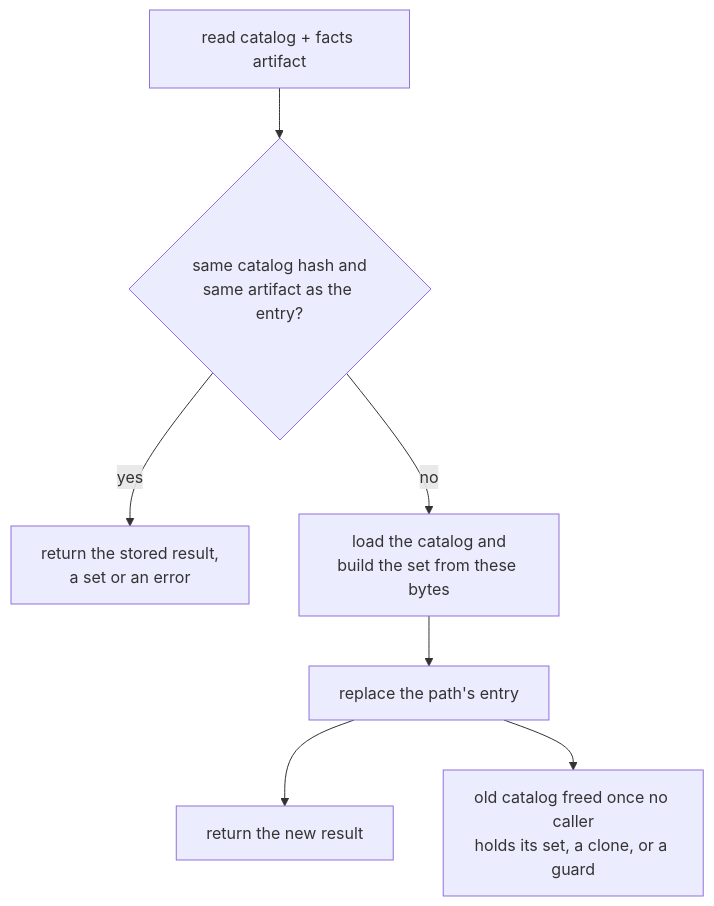
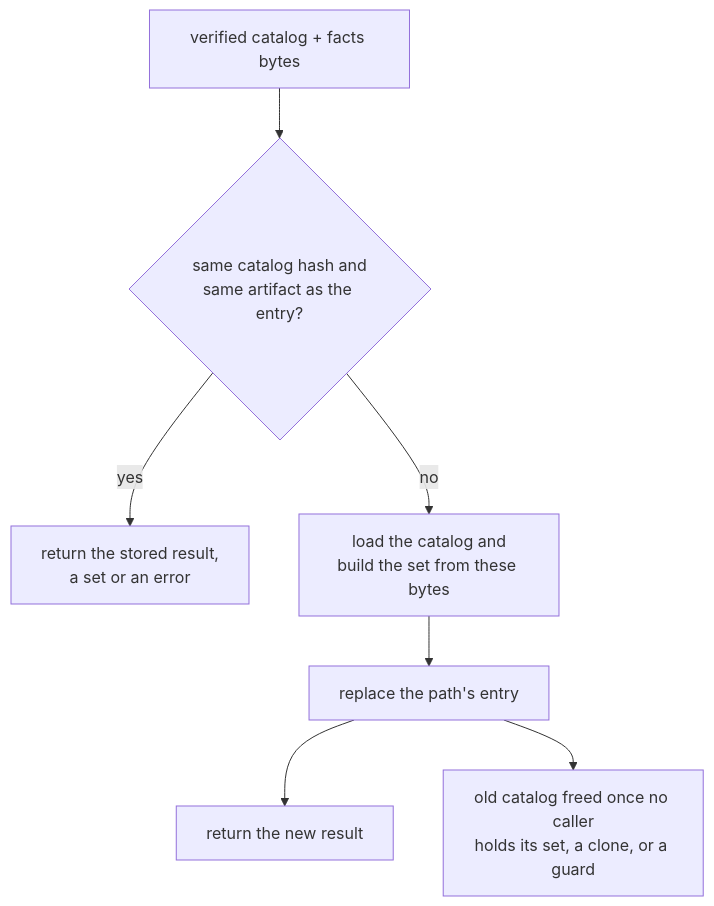
One commit to yankeeinlondon/rusty-biscuit changed the second of 2 diagrams in darkmatter/docs/topics/host-functions.md. Above: the diagram before and after it, drawn with Mermaid. The commit also changed other lines of this file and 67 other files, not shown here.

````diff
--- a/darkmatter/docs/topics/host-functions.md
+++ b/darkmatter/docs/topics/host-functions.md
@@ -282,9 +289,9 @@
 ```mermaid
 flowchart TD
-    A[read catalog + facts artifact] --> B{same catalog hash and<br/>same artifact as the entry?}
+    A[verified catalog + facts bytes] --> B{same catalog hash and<br/>same artifact as the entry?}
     B -- yes --> C[return the stored result,<br/>a set or an error]
     B -- no --> D[load the catalog and<br/>build the set from these bytes]
     D --> E[replace the path's entry]
     E --> F[return the new result]
     E --> G[old catalog freed once no caller<br/>holds its set, a clone, or a guard]
 ```
````
